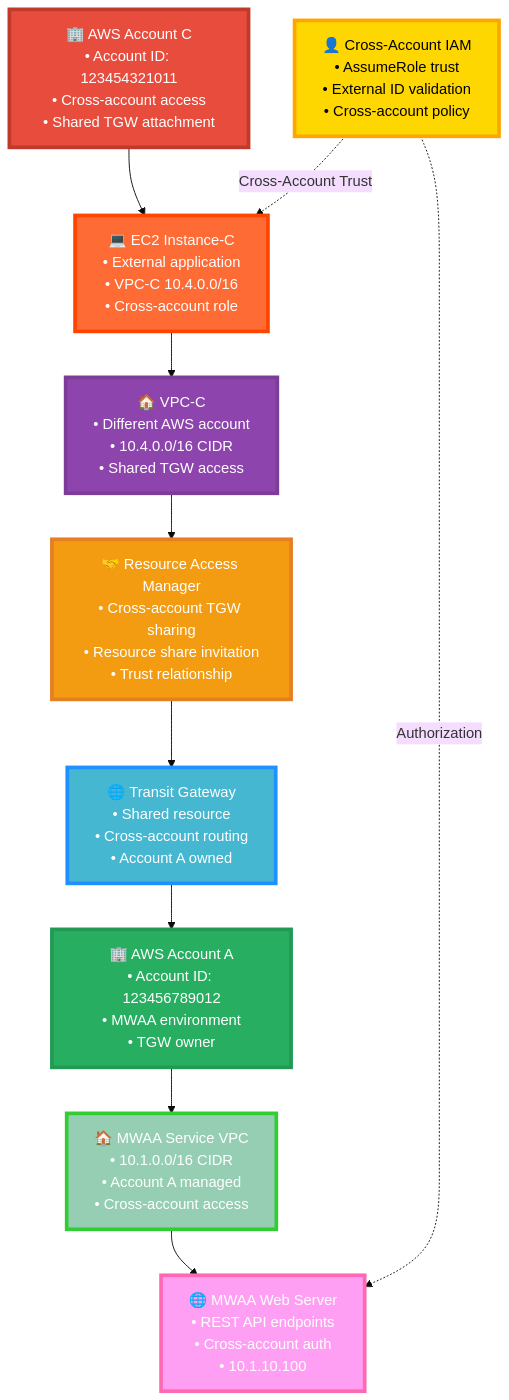
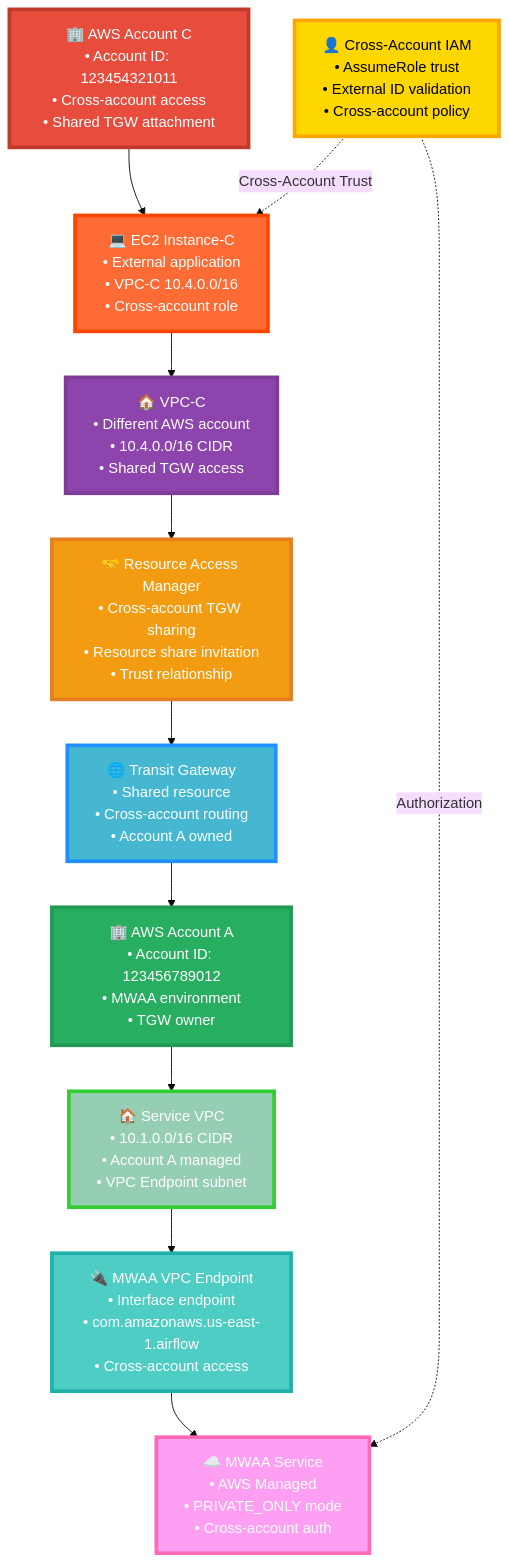
One commit to demoq-demo/mwaa changed the seventh of 12 diagrams in restapi.md. Above: the diagram before and after it, drawn with Mermaid (base theme). The commit also changed other lines of this file, not shown here.

````diff
--- a/restapi.md
+++ b/restapi.md
@@ -307,33 +306,36 @@
 ```mermaid
 graph TB
     ACCOUNTC["🏢 AWS Account C<br/>• Account ID: 123454321011<br/>• Cross-account access<br/>• Shared TGW attachment"]:::accountc
     EC2C["💻 EC2 Instance-C<br/>• External application<br/>• VPC-C 10.4.0.0/16<br/>• Cross-account role"]:::ec2
     VPCC["🏠 VPC-C<br/>• Different AWS account<br/>• 10.4.0.0/16 CIDR<br/>• Shared TGW access"]:::vpcc
     RAM["🤝 Resource Access Manager<br/>• Cross-account TGW sharing<br/>• Resource share invitation<br/>• Trust relationship"]:::ram
     TGW["🌐 Transit Gateway<br/>• Shared resource<br/>• Cross-account routing<br/>• Account A owned"]:::tgw
     ACCOUNTA["🏢 AWS Account A<br/>• Account ID: 123456789012<br/>• MWAA environment<br/>• TGW owner"]:::accounta
-    MWAAVPC["🏠 MWAA Service VPC<br/>• 10.1.0.0/16 CIDR<br/>• Account A managed<br/>• Cross-account access"]:::mwaavpc
-    WEBSERVER["🌐 MWAA Web Server<br/>• REST API endpoints<br/>• Cross-account auth<br/>• 10.1.10.100"]:::webserver
+    SERVICEVPC["🏠 Service VPC<br/>• 10.1.0.0/16 CIDR<br/>• Account A managed<br/>• VPC Endpoint subnet"]:::servicevpc
+    VPCENDPOINT["🔌 MWAA VPC Endpoint<br/>• Interface endpoint<br/>• com.amazonaws.us-east-1.airflow<br/>• Cross-account access"]:::vpcendpoint
+    MWAASERVICE["☁️ MWAA Service<br/>• AWS Managed<br/>• PRIVATE_ONLY mode<br/>• Cross-account auth"]:::mwaaservice
     IAM["👤 Cross-Account IAM<br/>• AssumeRole trust<br/>• External ID validation<br/>• Cross-account policy"]:::iam
     
     ACCOUNTC --> EC2C
     EC2C --> VPCC
     VPCC --> RAM
     RAM --> TGW
     TGW --> ACCOUNTA
-    ACCOUNTA --> MWAAVPC
-    MWAAVPC --> WEBSERVER
+    ACCOUNTA --> SERVICEVPC
+    SERVICEVPC --> VPCENDPOINT
+    VPCENDPOINT --> MWAASERVICE
     
     IAM -.->|Cross-Account Trust| EC2C
-    IAM -.->|Authorization| WEBSERVER
+    IAM -.->|Authorization| MWAASERVICE
     
     classDef accountc fill:#E74C3C,stroke:#C0392B,stroke-width:4px,color:#fff
     classDef ec2 fill:#FF6B35,stroke:#FF4500,stroke-width:4px,color:#fff
     classDef vpcc fill:#8E44AD,stroke:#7D3C98,stroke-width:4px,color:#fff
     classDef ram fill:#F39C12,stroke:#E67E22,stroke-width:4px,color:#fff
     classDef tgw fill:#45B7D1,stroke:#1E90FF,stroke-width:4px,color:#fff
     classDef accounta fill:#27AE60,stroke:#229954,stroke-width:4px,color:#fff
-    classDef mwaavpc fill:#96CEB4,stroke:#32CD32,stroke-width:4px,color:#fff
-    classDef webserver fill:#FF9FF3,stroke:#FF69B4,stroke-width:4px,color:#fff
+    classDef servicevpc fill:#96CEB4,stroke:#32CD32,stroke-width:4px,color:#fff
+    classDef vpcendpoint fill:#4ECDC4,stroke:#20B2AA,stroke-width:4px,color:#fff
+    classDef mwaaservice fill:#FF9FF3,stroke:#FF69B4,stroke-width:4px,color:#fff
     classDef iam fill:#FFD700,stroke:#FFA500,stroke-width:4px,color:#000
 ```
````
